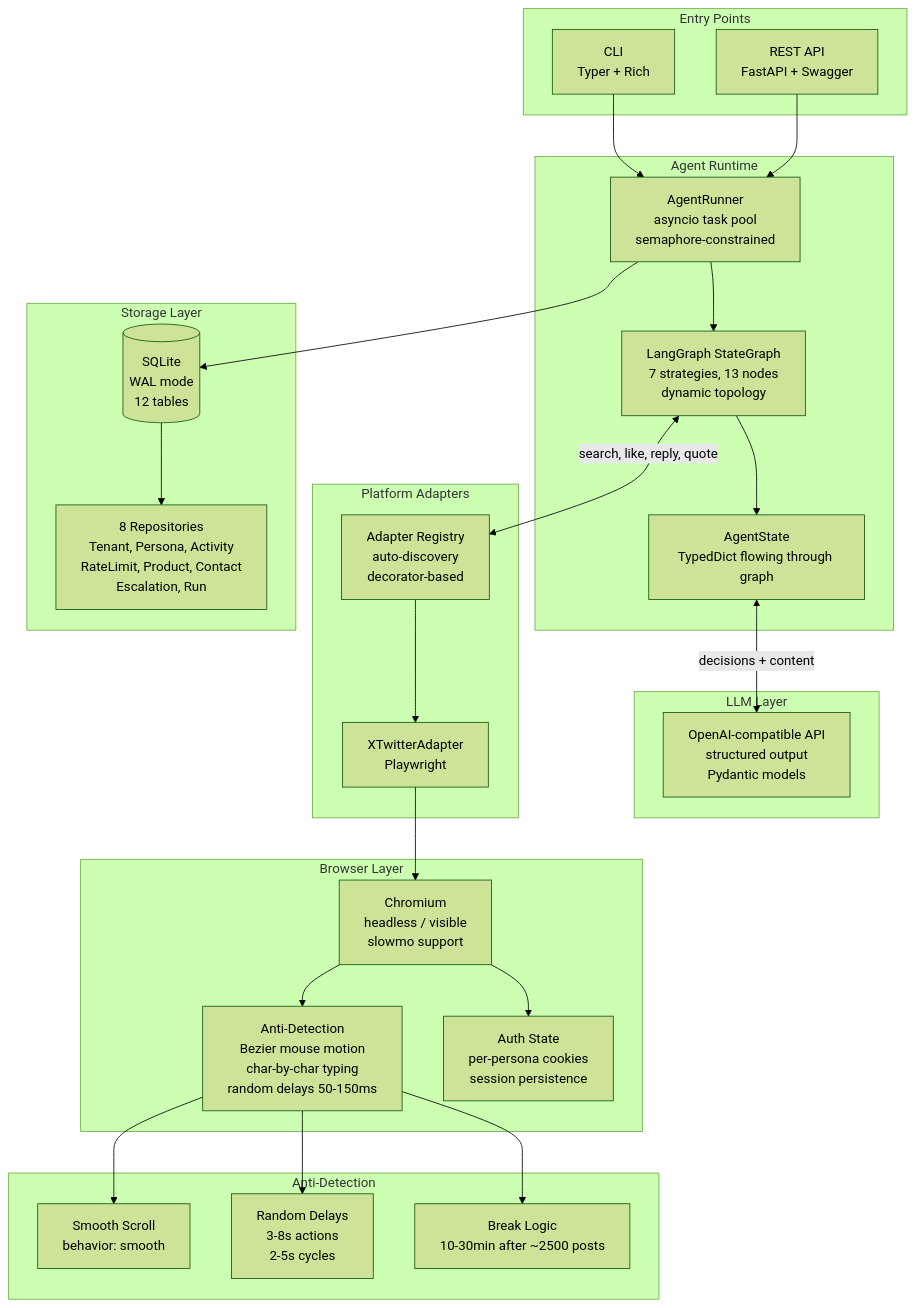
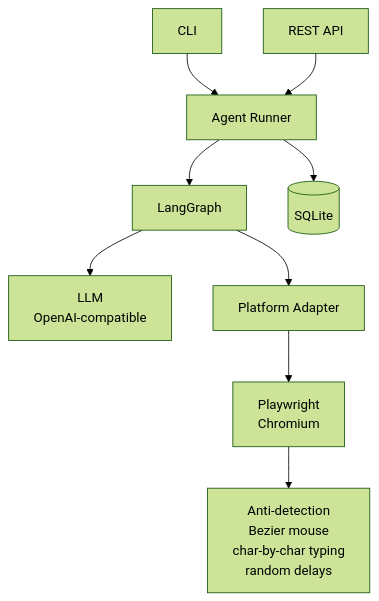
The diagram in README.md (yumpyy/x-persona), drawn with Mermaid (forest theme) before and after one commit. The commit also changed other lines of this file, not shown here.

Commit message:
docs: tone down README, remove buzzwords and overhype

````diff
--- a/README.md
+++ b/README.md
@@ -18,61 +16,14 @@
 ```mermaid
 graph TB
-    subgraph "Entry Points"
-        CLI[CLI<br/>Typer + Rich]
-        API[REST API<br/>FastAPI + Swagger]
-    end
+    CLI[CLI] --> Runner[Agent Runner]
+    API[REST API] --> Runner
 
-    subgraph "Agent Runtime"
-        Runner["AgentRunner<br/>asyncio task pool<br/>semaphore-constrained"]
-        Graph["LangGraph StateGraph<br/>7 strategies, 13 nodes<br/>dynamic topology"]
-        State["AgentState<br/>TypedDict flowing through graph"]
+    Runner --> Graph[LangGraph]
+    Graph --> LLM[LLM<br/>OpenAI-compatible]
+    Graph --> Adapter[Platform Adapter]
 
-        Runner --> Graph
-        Graph --> State
-    end
+    Adapter --> Browser[Playwright<br/>Chromium]
+    Browser --> AntiDet[Anti-detection<br/>Bezier mouse<br/>char-by-char typing<br/>random delays]
 
-    CLI --> Runner
-    API --> Runner
-
-    subgraph "LLM Layer"
-        LLM["OpenAI-compatible API<br/>structured output<br/>Pydantic models"]
-    end
-
-    State <-->|decisions + content| LLM
-
-    subgraph "Platform Adapters"
-        Registry["Adapter Registry<br/>auto-discovery<br/>decorator-based"]
-        X["XTwitterAdapter<br/>Playwright"]
-        Registry --> X
-    end
-
-    Graph <-->|search, like, reply, quote| Registry
-
-    subgraph "Browser Layer"
-        Browser["Chromium<br/>headless / visible<br/>slowmo support"]
-        AntiDet["Anti-Detection<br/>Bezier mouse motion<br/>char-by-char typing<br/>random delays 50-150ms"]
-        Auth["Auth State<br/>per-persona cookies<br/>session persistence"]
-    end
-
-    X --> Browser
-    Browser --> AntiDet
-    Browser --> Auth
-
-    subgraph "Storage Layer"
-        DB[("SQLite<br/>WAL mode<br/>12 tables")]
-        Repos["8 Repositories<br/>Tenant, Persona, Activity<br/>RateLimit, Product, Contact<br/>Escalation, Run"]
-    end
-
-    Runner --> DB
-    DB --> Repos
-
-    subgraph "Anti-Detection"
-        Scroll["Smooth Scroll<br/>behavior: smooth"]
-        Timing["Random Delays<br/>3-8s actions<br/>2-5s cycles"]
-        Breaks["Break Logic<br/>10-30min after ~2500 posts"]
-    end
-
-    AntiDet --> Scroll
-    AntiDet --> Timing
-    AntiDet --> Breaks
+    Runner --> DB[(SQLite)]
 ```
````
